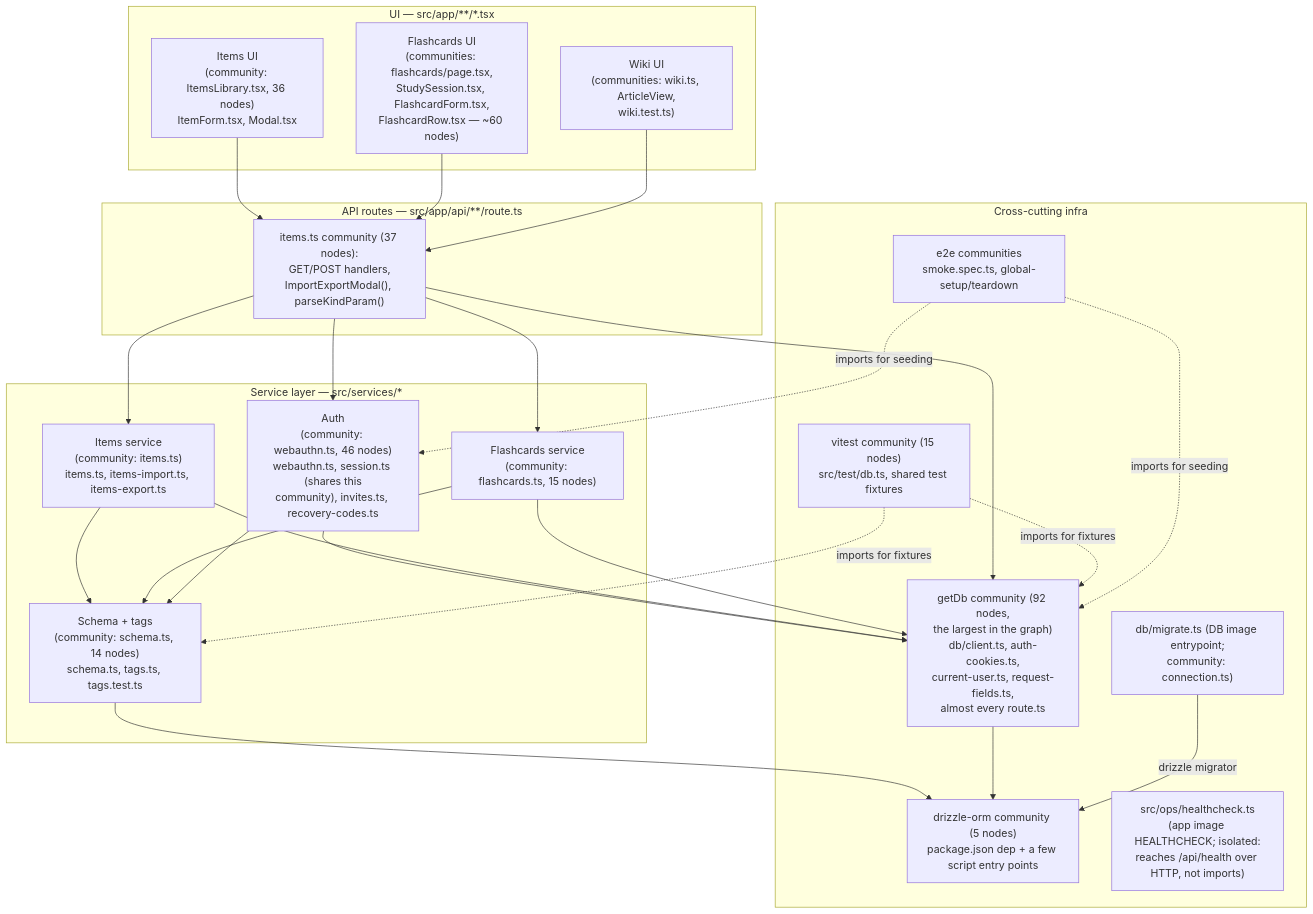
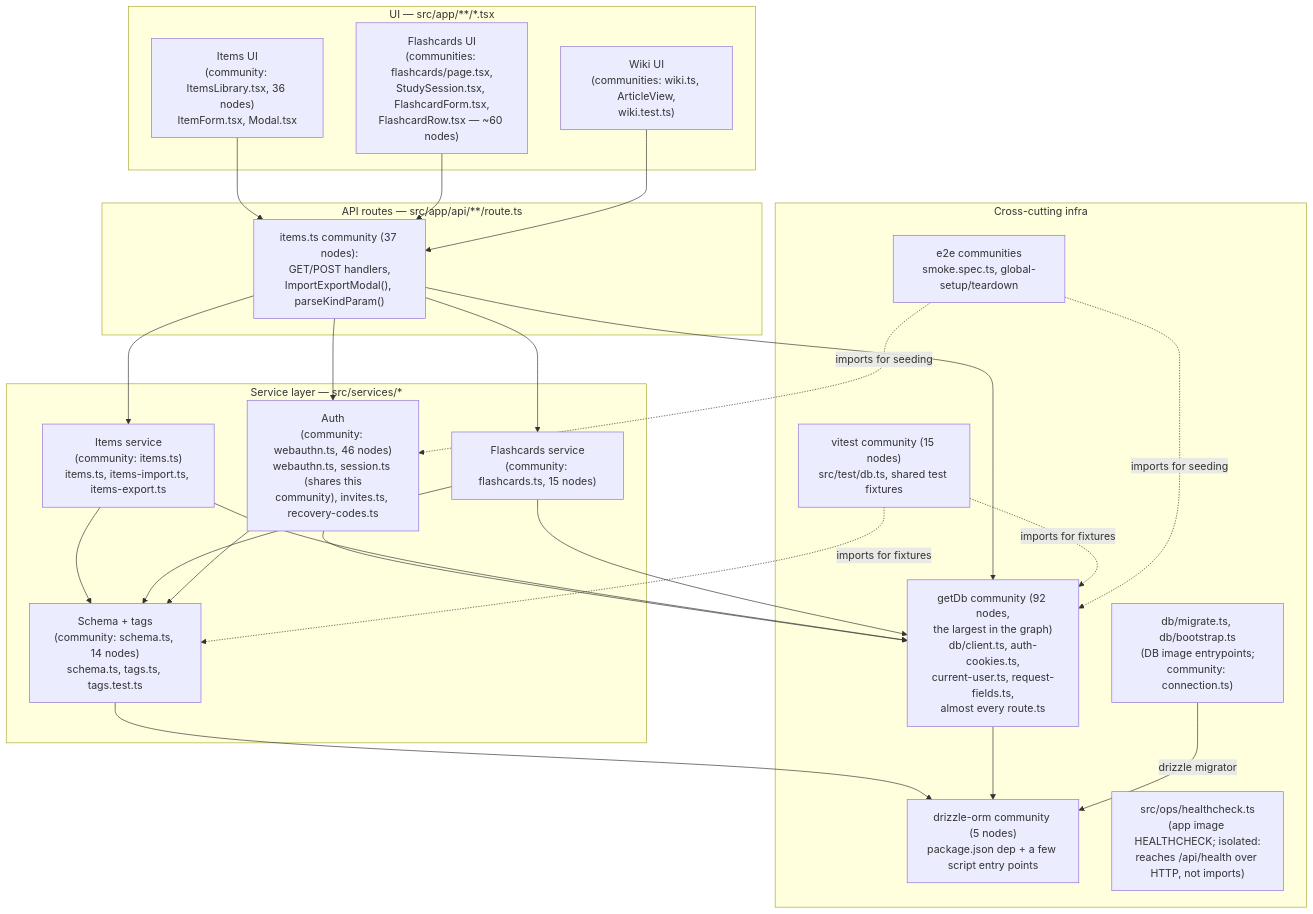
The diagram in docs/architecture/module-structure.md (sgspinola/pensieve), drawn with Mermaid before and after one commit. The commit also changed other lines of this file and 13 other files, not shown here.

````diff
--- a/docs/architecture/module-structure.md
+++ b/docs/architecture/module-structure.md
@@ -11,53 +11,53 @@
 ```mermaid
 flowchart TB
     subgraph UI["UI — src/app/**/*.tsx"]
         ItemsUI["Items UI<br/>(community: ItemsLibrary.tsx, 36 nodes)<br/>ItemForm.tsx, Modal.tsx"]
         FlashcardsUI["Flashcards UI<br/>(communities: flashcards/page.tsx,<br/>StudySession.tsx, FlashcardForm.tsx,<br/>FlashcardRow.tsx — ~60 nodes)"]
         WikiUI["Wiki UI<br/>(communities: wiki.ts, ArticleView,<br/>wiki.test.ts)"]
     end
 
     subgraph Routes["API routes — src/app/api/**/route.ts"]
         RoutesGroup["items.ts community (37 nodes):<br/>GET/POST handlers,<br/>ImportExportModal(), parseKindParam()"]
     end
 
     subgraph Services["Service layer — src/services/*"]
         AuthMod["Auth<br/>(community: webauthn.ts, 46 nodes)<br/>webauthn.ts, session.ts (shares this<br/>community), invites.ts, recovery-codes.ts"]
         ItemsMod["Items service<br/>(community: items.ts)<br/>items.ts, items-import.ts, items-export.ts"]
         FlashcardsMod["Flashcards service<br/>(community: flashcards.ts, 15 nodes)"]
         SchemaMod["Schema + tags<br/>(community: schema.ts, 14 nodes)<br/>schema.ts, tags.ts, tags.test.ts"]
     end
 
     subgraph Infra["Cross-cutting infra"]
         GetDb["getDb community (92 nodes,<br/>the largest in the graph)<br/>db/client.ts, auth-cookies.ts,<br/>current-user.ts, request-fields.ts,<br/>almost every route.ts"]
         DrizzleMod["drizzle-orm community (5 nodes)<br/>package.json dep + a few script entry points"]
         TestMod["vitest community (15 nodes)<br/>src/test/db.ts, shared test fixtures"]
         E2EMod["e2e communities<br/>smoke.spec.ts, global-setup/teardown"]
         OpsMod["src/ops/healthcheck.ts<br/>(app image HEALTHCHECK; isolated:<br/>reaches /api/health over HTTP, not imports)"]
-        DbImgMod["db/migrate.ts (DB image entrypoint;<br/>community: connection.ts)"]
+        DbImgMod["db/migrate.ts, db/bootstrap.ts<br/>(DB image entrypoints;<br/>community: connection.ts)"]
     end
 
     ItemsUI --> RoutesGroup
     FlashcardsUI --> RoutesGroup
     WikiUI --> RoutesGroup
 
     RoutesGroup --> AuthMod
     RoutesGroup --> ItemsMod
     RoutesGroup --> FlashcardsMod
     RoutesGroup --> GetDb
 
     ItemsMod --> SchemaMod
     FlashcardsMod --> SchemaMod
     AuthMod --> SchemaMod
     AuthMod --> GetDb
     ItemsMod --> GetDb
     FlashcardsMod --> GetDb
 
     SchemaMod --> DrizzleMod
     GetDb --> DrizzleMod
 
     TestMod -.->|imports for fixtures| GetDb
     TestMod -.->|imports for fixtures| SchemaMod
     E2EMod -.->|imports for seeding| GetDb
     E2EMod -.->|imports for seeding| AuthMod
     DbImgMod -->|"drizzle migrator"| DrizzleMod
 ```
````
